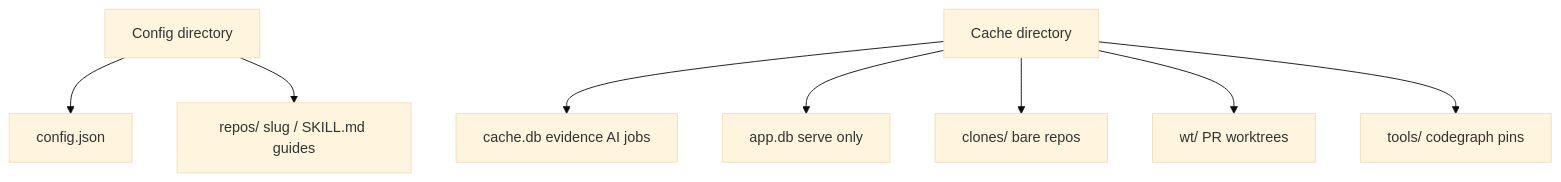
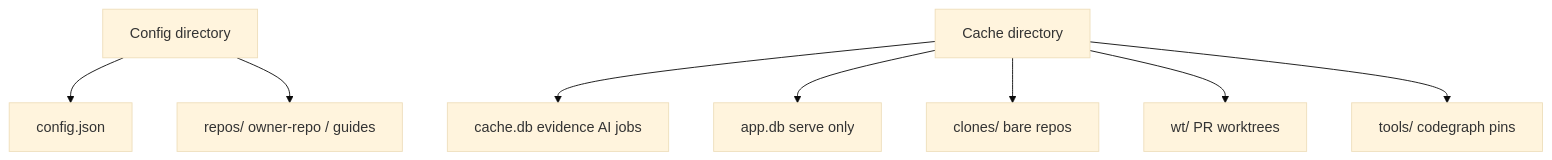
Before and after one commit to GroophyLifefor/co-maintainer: the diagram in docs/docs/caching.md, drawn with Mermaid (base theme). The commit also changed other lines of this file and 44 other files, not shown here.

````diff
--- a/docs/docs/caching.md
+++ b/docs/docs/caching.md
@@ -9,14 +9,14 @@
 ```mermaid
 flowchart TB
   config["Config directory"]
   cache["Cache directory"]
 
   config --> cfg["config.json"]
-  config --> guides["repos/ slug / SKILL.md guides"]
+  config --> guides["repos/ owner-repo / guides"]
 
   cache --> cdb["cache.db evidence AI jobs"]
   cache --> appdb["app.db serve only"]
   cache --> clones["clones/ bare repos"]
   cache --> wt["wt/ PR worktrees"]
   cache --> tools["tools/ codegraph pins"]
 ```
````
